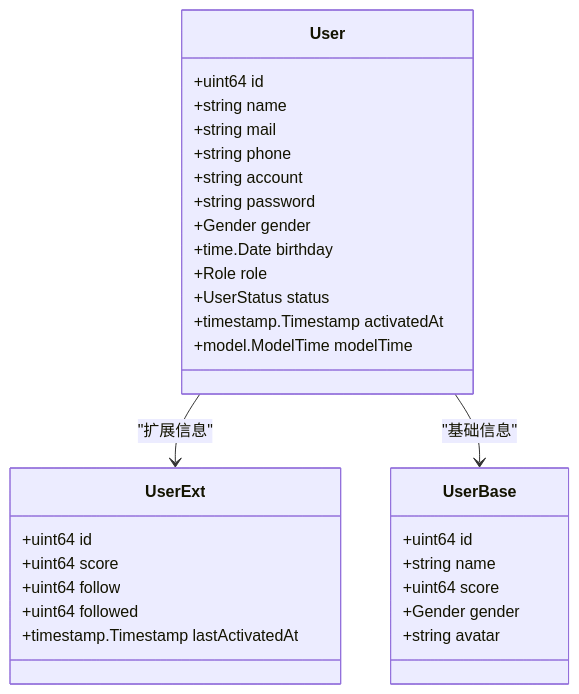
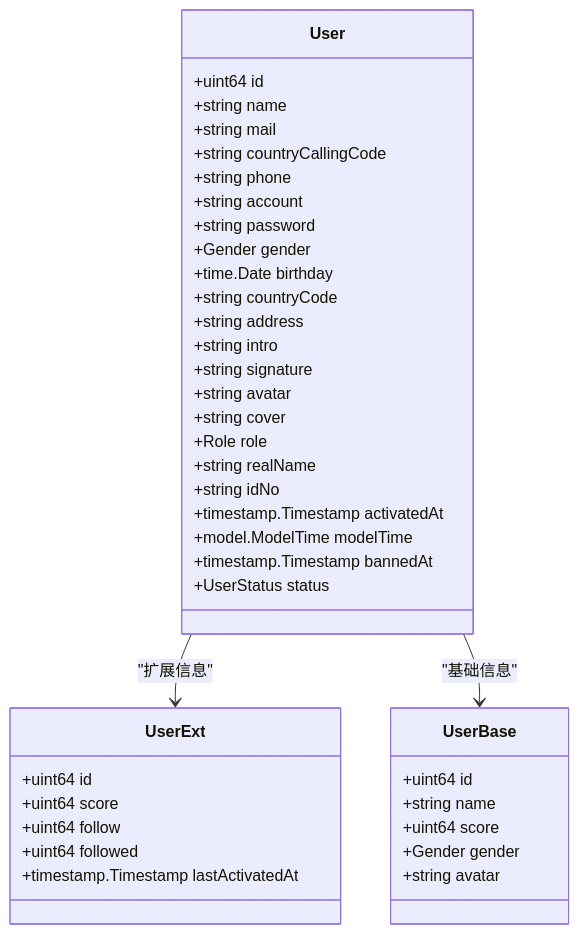
One commit to liov/hoper changed the second of 16 diagrams in .qoder/repowiki/zh/content/数据模型/ProtoBuf数据契约.md. Above: the diagram before and after it, drawn with Mermaid. The commit also changed other lines of this file and 49 other files, not shown here.

````diff
--- a/.qoder/repowiki/zh/content/数据模型/ProtoBuf数据契约.md
+++ b/.qoder/repowiki/zh/content/数据模型/ProtoBuf数据契约.md
@@ -94,33 +104,43 @@
 ```mermaid
 classDiagram
 class User {
 +uint64 id
 +string name
 +string mail
++string countryCallingCode
 +string phone
 +string account
 +string password
 +Gender gender
 +time.Date birthday
++string countryCode
++string address
++string intro
++string signature
++string avatar
++string cover
 +Role role
-+UserStatus status
++string realName
++string idNo
 +timestamp.Timestamp activatedAt
 +model.ModelTime modelTime
++timestamp.Timestamp bannedAt
++UserStatus status
 }
 class UserExt {
 +uint64 id
 +uint64 score
 +uint64 follow
 +uint64 followed
 +timestamp.Timestamp lastActivatedAt
 }
 class UserBase {
 +uint64 id
 +string name
 +uint64 score
 +Gender gender
 +string avatar
 }
 User --> UserExt : "扩展信息"
 User --> UserBase : "基础信息"
 ```
````
